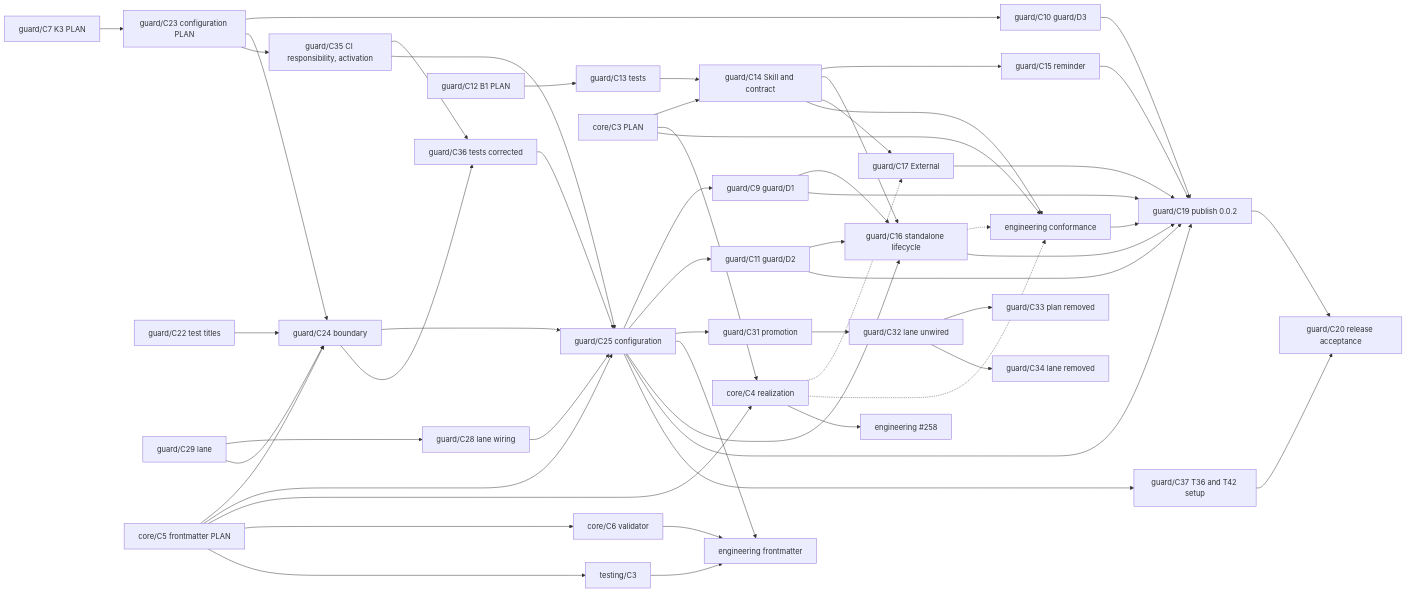
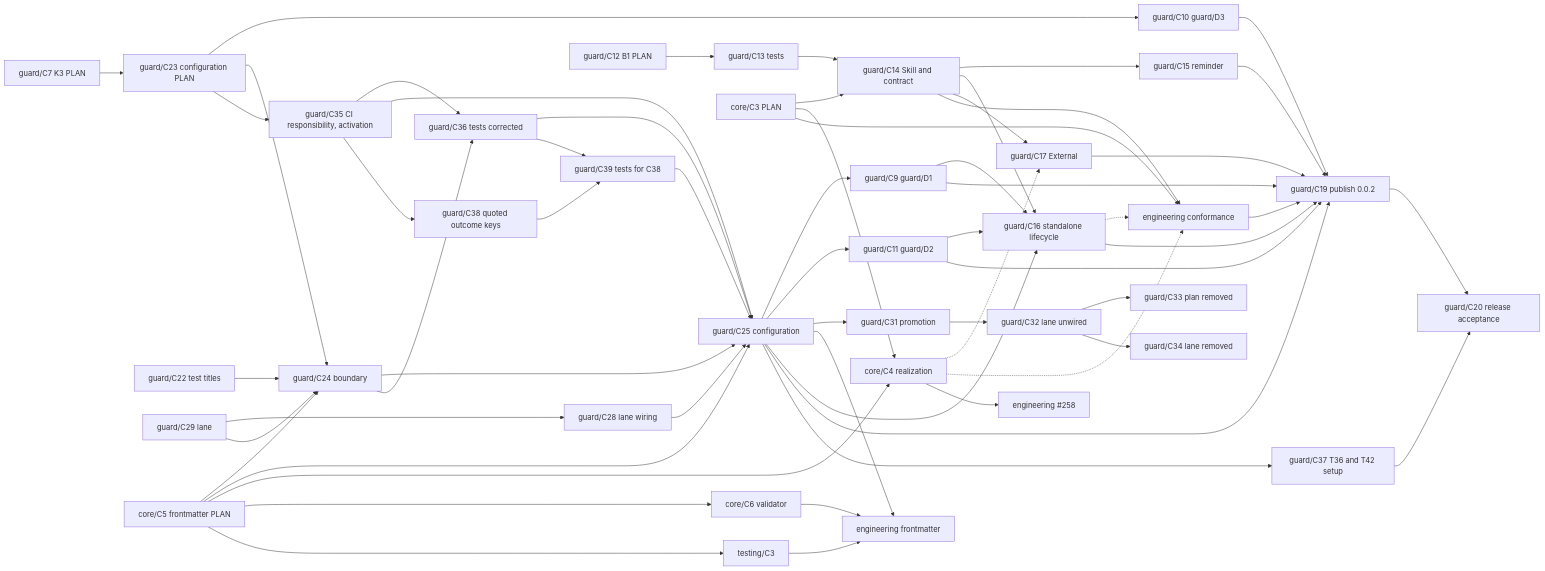
One commit to Kai-Hacks-AI/KAAL changed the diagram in engineering/guard/change.md. Above: the diagram before and after it, drawn with Mermaid. The commit also changed other lines of this file and 2 other files, not shown here.

First line of the commit message:
guard/C38: one frontmatter parsing contract; outcome statuses double-quoted (PLAN) (#363)

````diff
--- a/engineering/guard/change.md
+++ b/engineering/guard/change.md
@@ -226,57 +230,61 @@
 ```mermaid
 graph LR
   C7[guard/C7 K3 PLAN] --> C23[guard/C23 configuration PLAN]
   C25 --> C9[guard/C9 guard/D1]
   C23 --> C10[guard/C10 guard/D3]
   C25 --> C11[guard/C11 guard/D2]
   C22[guard/C22 test titles] --> C24[guard/C24 boundary]
   C23 --> C24
   C29[guard/C29 lane] --> C28[guard/C28 lane wiring]
   C29 --> C24
   C28 --> C25
   C24 --> C25[guard/C25 configuration]
   C23 --> C35[guard/C35 CI responsibility, activation]
   C35 --> C36[guard/C36 tests corrected]
   C24 --> C36
   C35 --> C25
   C36 --> C25
   C25 --> C31[guard/C31 promotion]
   C31 --> C32[guard/C32 lane unwired]
   C32 --> C33[guard/C33 plan removed]
   C32 --> C34[guard/C34 lane removed]
   FM5 --> C24
   FM5 --> C25
   C25 --> FE
   C12[guard/C12 B1 PLAN] --> C13[guard/C13 tests]
   C13 --> C14[guard/C14 Skill and contract]
   CP[core/C3 PLAN] --> C14
   C14 --> C15[guard/C15 reminder]
   C14 --> C16[guard/C16 standalone lifecycle]
   C25 --> C16
   C9 --> C16
   C11 --> C16
   C14 --> C17[guard/C17 External]
   CP --> CR[core/C4 realization]
   FM5[core/C5 frontmatter PLAN] --> CR
   FM5 --> FM6[core/C6 validator]
   FM5 --> TT[testing/C3]
   FM6 --> FE[engineering frontmatter]
   TT --> FE
   CR -.-> C17
   C14 --> EC[engineering conformance]
   CP --> EC
   C16 -.-> EC
   CR -.-> EC
   CR --> EA[engineering #258]
   C9 --> C19[guard/C19 publish 0.0.2]
   C10 --> C19
   C11 --> C19
   C15 --> C19
   C16 --> C19
   C25 --> C19
   C17 --> C19
   EC --> C19
+  C35 --> C38[guard/C38 quoted outcome keys]
+  C38 --> C39[guard/C39 tests for C38]
+  C36 --> C39
+  C39 --> C25
   C25 --> C37[guard/C37 T36 and T42 setup]
   C37 --> C20[guard/C20 release acceptance]
   C19 --> C20
 ```
````
